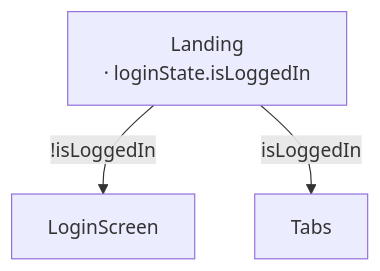
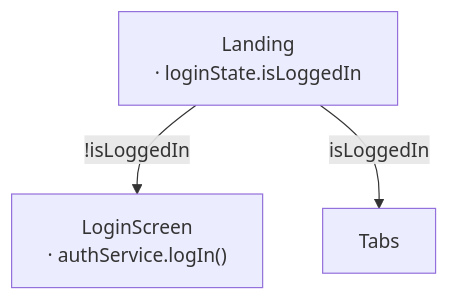
One commit to sisoje/hypermodular changed the diagram in example/Landing/MAP.md. Above: the diagram before and after it, drawn with Mermaid. The commit also changed 8 other files, not shown here.

````diff
--- a/example/Landing/MAP.md
+++ b/example/Landing/MAP.md
@@ -1,6 +1,6 @@
 ```mermaid
 %% Root: Landing · Parent: App (../APP-MAP.md)
 flowchart TD
-    Landing["Landing<br/>· loginState.isLoggedIn"] -->|!isLoggedIn| LoginScreen
+    Landing["Landing<br/>· loginState.isLoggedIn"] -->|!isLoggedIn| LoginScreen["LoginScreen<br/>· authService.logIn()"]
     Landing -->|isLoggedIn| Tabs
 ```
````
